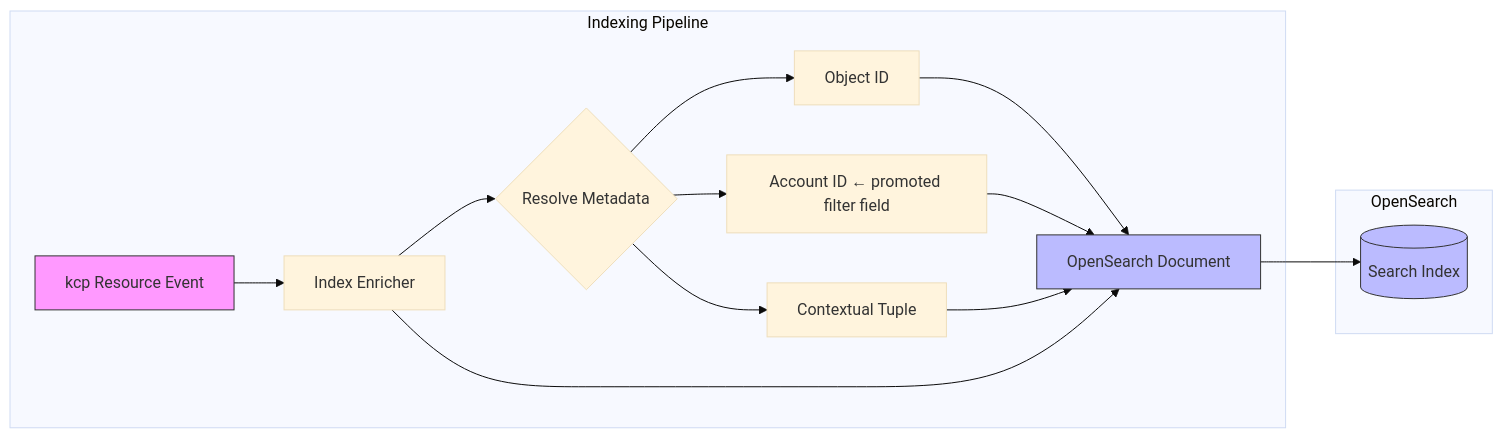
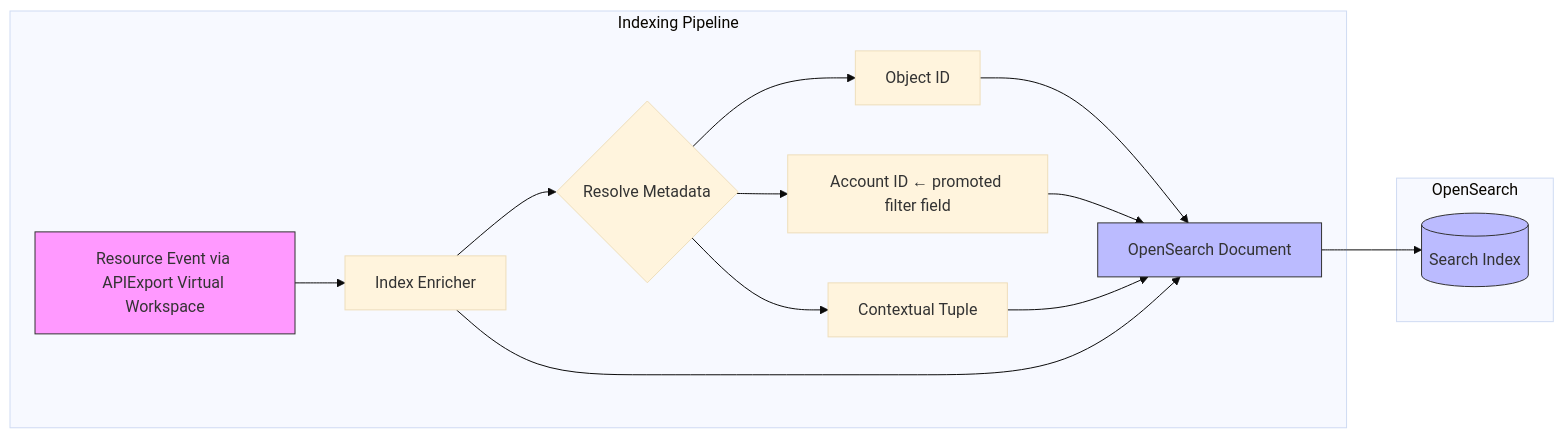
Before and after one commit to FWuermse/contrib-search: the third of 4 diagrams in adr/002-search-authorization.md, drawn with Mermaid (base theme). The commit also changed other lines of this file and 1 other file, not shown here.

Commit message:
doc: clearify indexing via virtual workspaces

````diff
--- a/adr/002-search-authorization.md
+++ b/adr/002-search-authorization.md
@@ -139,22 +143,22 @@
 ```mermaid
 graph LR
     subgraph "Indexing Pipeline"
-        A[kcp Resource Event] --> B[Index Enricher]
+        A[Resource Event via APIExport Virtual Workspace] --> B[Index Enricher]
         B --> C{Resolve Metadata}
         C --> D[Object ID]
         C --> E[Account ID ← promoted filter field]
         C --> F[Contextual Tuple]
         D --> G[OpenSearch Document]
         E --> G
         F --> G
         B --> G
     end
 
     subgraph "OpenSearch"
         G --> H[(Search Index)]
     end
 
     style A fill:#f9f,stroke:#333
     style G fill:#bbf,stroke:#333
     style H fill:#bbf,stroke:#333
 ```
````
